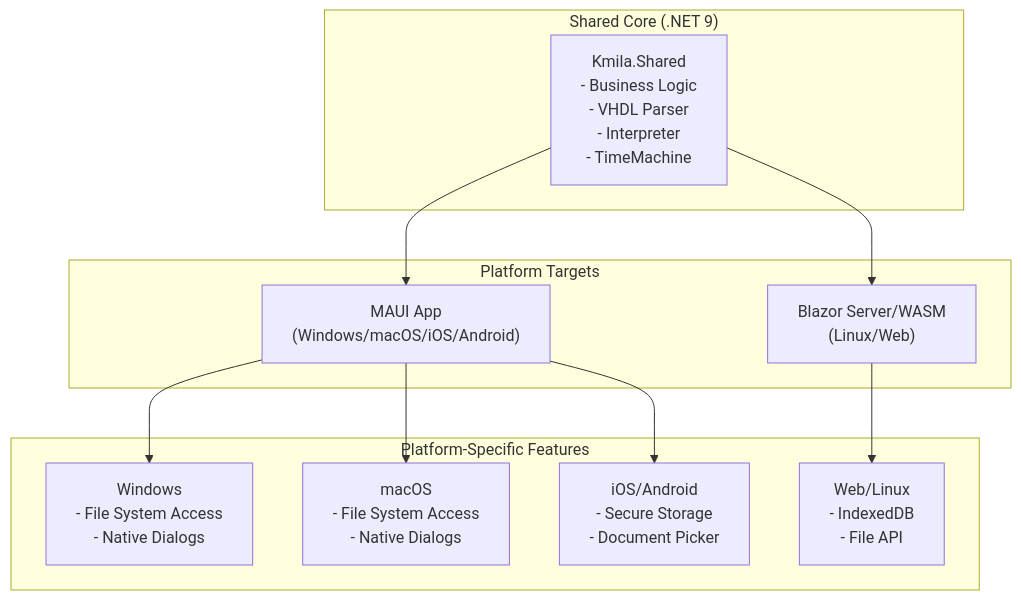
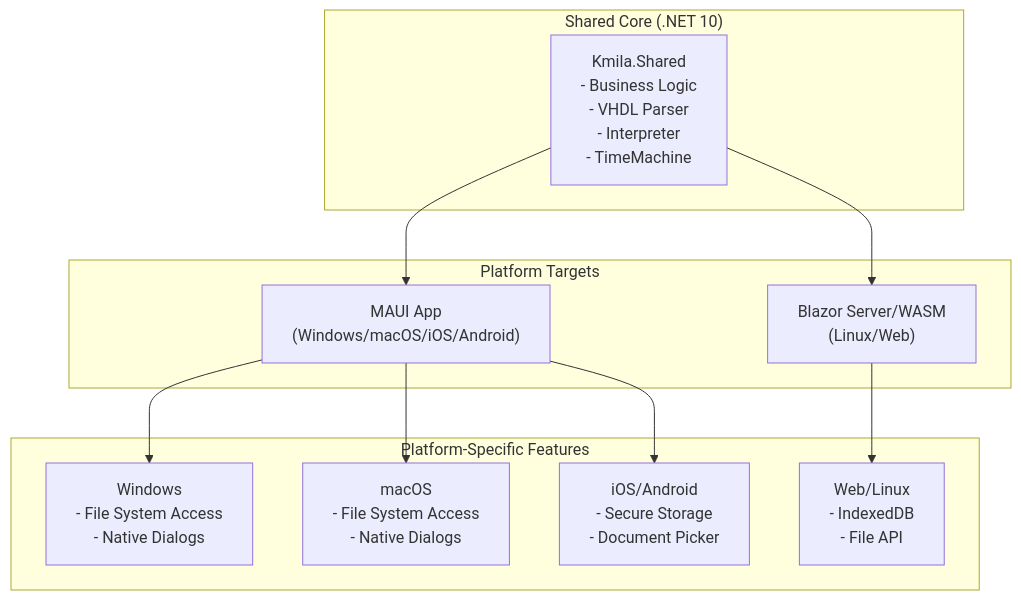
Before and after one commit to Kmila9s/Kmila: the second of 19 diagrams in README.md, drawn with Mermaid. The commit also changed other lines of this file and 4 other files, not shown here.

````diff
--- a/README.md
+++ b/README.md
@@ -194,27 +194,27 @@
 ```mermaid
 graph TB
-    subgraph "Shared Core (.NET 9)"
+    subgraph "Shared Core (.NET 10)"
         SharedLib["Kmila.Shared<br/>- Business Logic<br/>- VHDL Parser<br/>- Interpreter<br/>- TimeMachine"]
     end
 
     subgraph "Platform Targets"
         MAUI["MAUI App<br/>(Windows/macOS/iOS/Android)"]
         Blazor["Blazor Server/WASM<br/>(Linux/Web)"]
     end
 
     subgraph "Platform-Specific Features"
         WinFS["Windows<br/>- File System Access<br/>- Native Dialogs"]
         MacFS["macOS<br/>- File System Access<br/>- Native Dialogs"]
         MobileStorage["iOS/Android<br/>- Secure Storage<br/>- Document Picker"]
         WebStorage["Web/Linux<br/>- IndexedDB<br/>- File API"]
     end
 
     SharedLib --> MAUI
     SharedLib --> Blazor
     
     MAUI --> WinFS
     MAUI --> MacFS
     MAUI --> MobileStorage
     
     Blazor --> WebStorage
 ```
````
